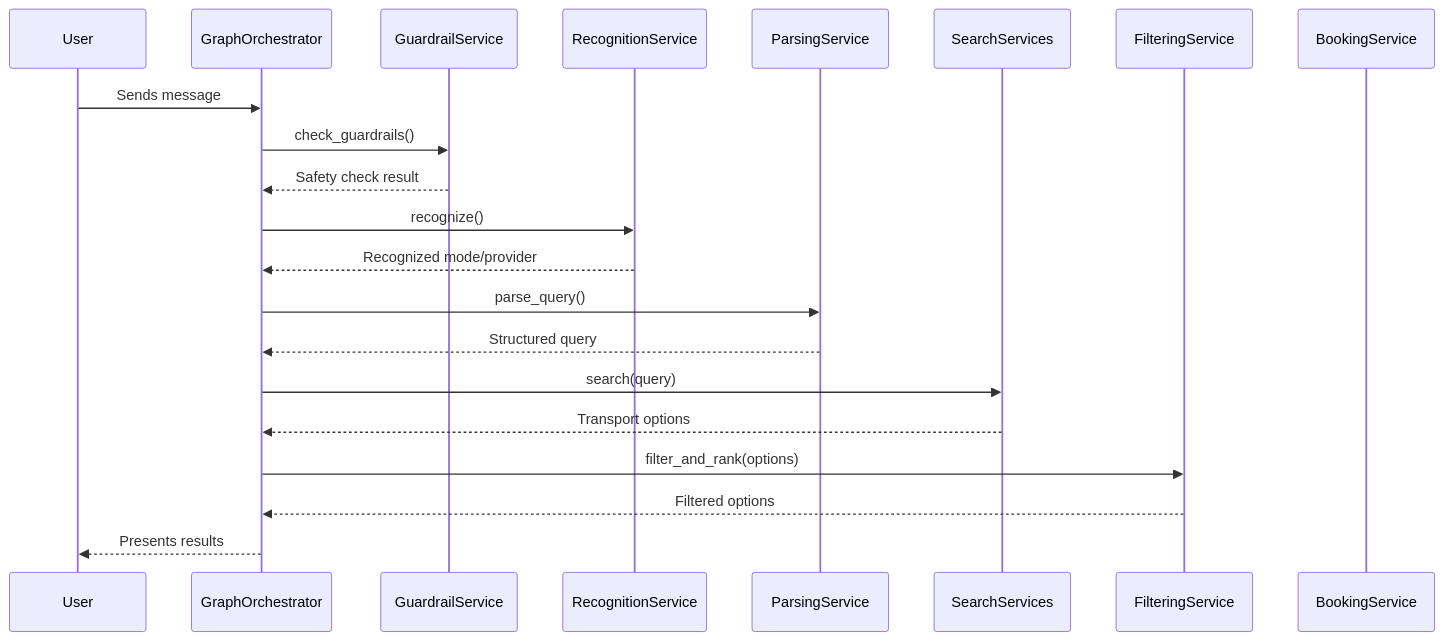
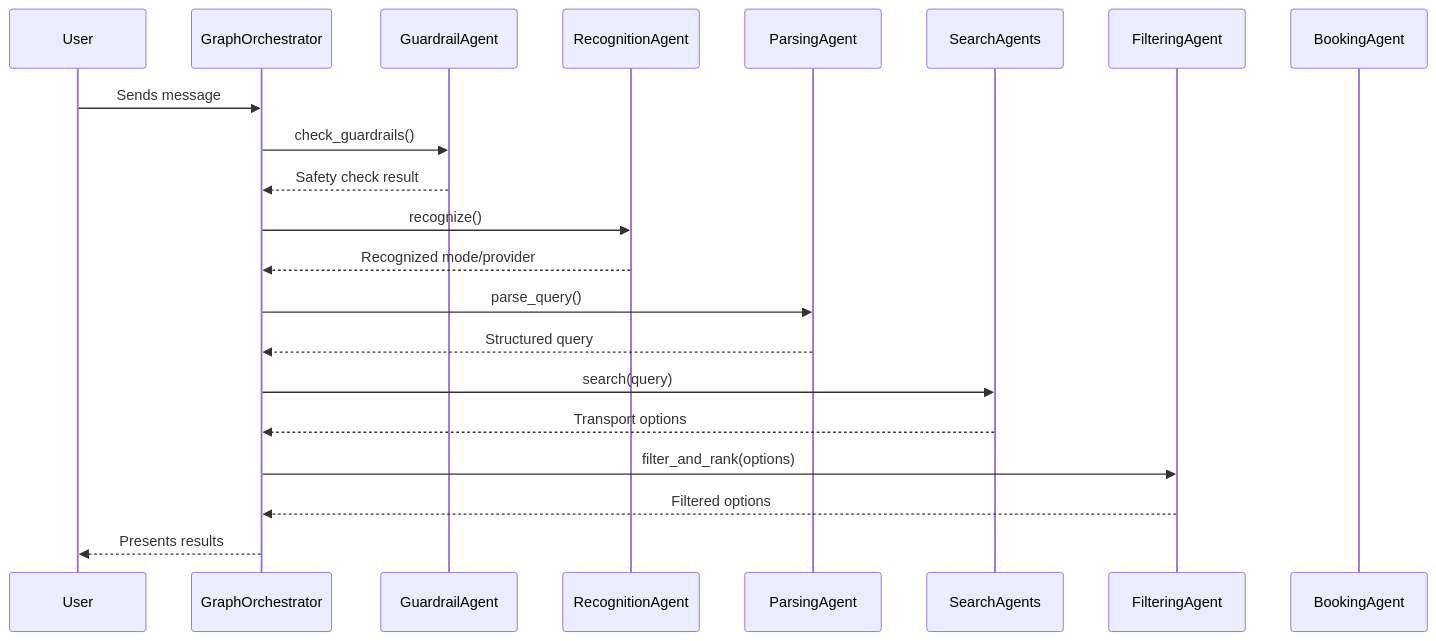
One commit to karthictu/transport-booking-agent changed the diagram in docs/SPEC.md. Above: the diagram before and after it, drawn with Mermaid. The commit also changed other lines of this file and 27 other files, not shown here.

````diff
--- a/docs/SPEC.md
+++ b/docs/SPEC.md
@@ -45,24 +45,24 @@
 ```mermaid
 sequenceDiagram
     participant User
     participant GraphOrchestrator
-    participant GuardrailService
-    participant RecognitionService
-    participant ParsingService
-    participant SearchServices
-    participant FilteringService
-    participant BookingService
+    participant GuardrailAgent
+    participant RecognitionAgent
+    participant ParsingAgent
+    participant SearchAgents
+    participant FilteringAgent
+    participant BookingAgent
 
     User->>GraphOrchestrator: Sends message
-    GraphOrchestrator->>GuardrailService: check_guardrails()
-    GuardrailService-->>GraphOrchestrator: Safety check result
-    GraphOrchestrator->>RecognitionService: recognize()
-    RecognitionService-->>GraphOrchestrator: Recognized mode/provider
-    GraphOrchestrator->>ParsingService: parse_query()
-    ParsingService-->>GraphOrchestrator: Structured query
-    GraphOrchestrator->>SearchServices: search(query)
-    SearchServices-->>GraphOrchestrator: Transport options
-    GraphOrchestrator->>FilteringService: filter_and_rank(options)
-    FilteringService-->>GraphOrchestrator: Filtered options
+    GraphOrchestrator->>GuardrailAgent: check_guardrails()
+    GuardrailAgent-->>GraphOrchestrator: Safety check result
+    GraphOrchestrator->>RecognitionAgent: recognize()
+    RecognitionAgent-->>GraphOrchestrator: Recognized mode/provider
+    GraphOrchestrator->>ParsingAgent: parse_query()
+    ParsingAgent-->>GraphOrchestrator: Structured query
+    GraphOrchestrator->>SearchAgents: search(query)
+    SearchAgents-->>GraphOrchestrator: Transport options
+    GraphOrchestrator->>FilteringAgent: filter_and_rank(options)
+    FilteringAgent-->>GraphOrchestrator: Filtered options
     GraphOrchestrator-->>User: Presents results
 ```
````
